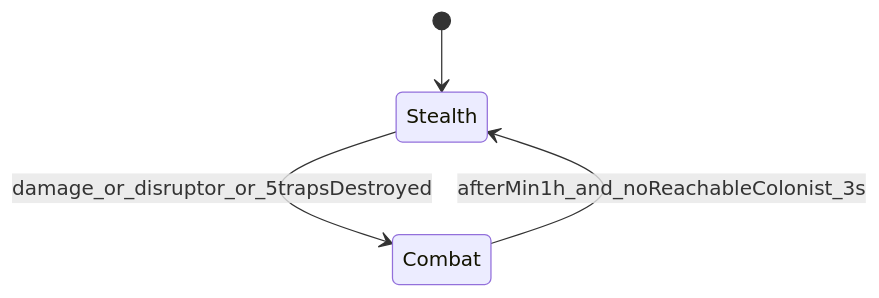
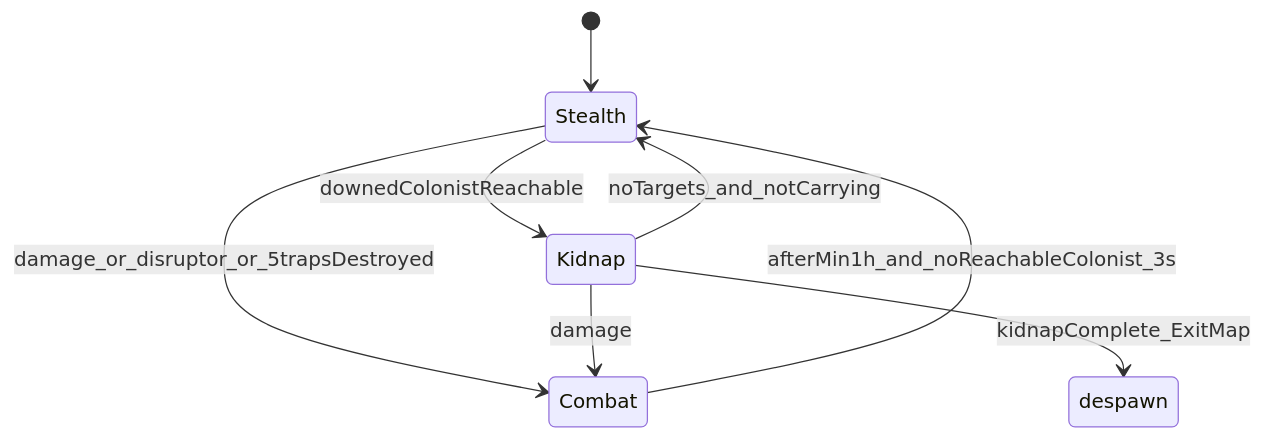
One commit to WlLL1204/VoidAwake changed the second of 5 diagrams in Docs/Trapper.md. Above: the diagram before and after it, drawn with Mermaid. The commit also changed other lines of this file and 11 other files, not shown here.

````diff
--- a/Docs/Trapper.md
+++ b/Docs/Trapper.md
@@ -48,6 +53,10 @@
 ```mermaid
 stateDiagram-v2
   [*] --> Stealth
+  Stealth --> Kidnap: downedColonistReachable
+  Kidnap --> Stealth: noTargets_and_notCarrying
   Stealth --> Combat: damage_or_disruptor_or_5trapsDestroyed
+  Kidnap --> Combat: damage
   Combat --> Stealth: afterMin1h_and_noReachableColonist_3s
+  Kidnap --> despawn: kidnapComplete_ExitMap
 ```
````
